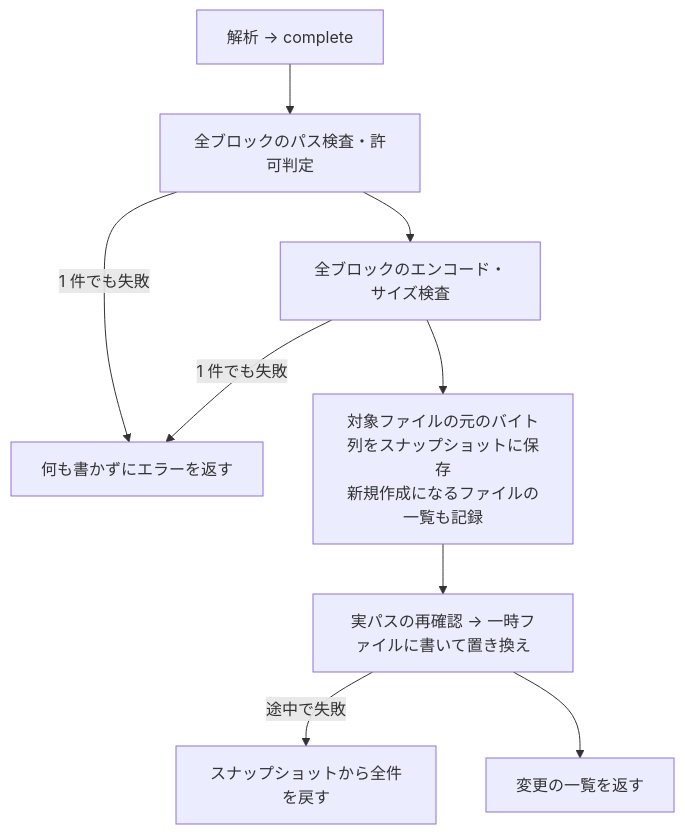
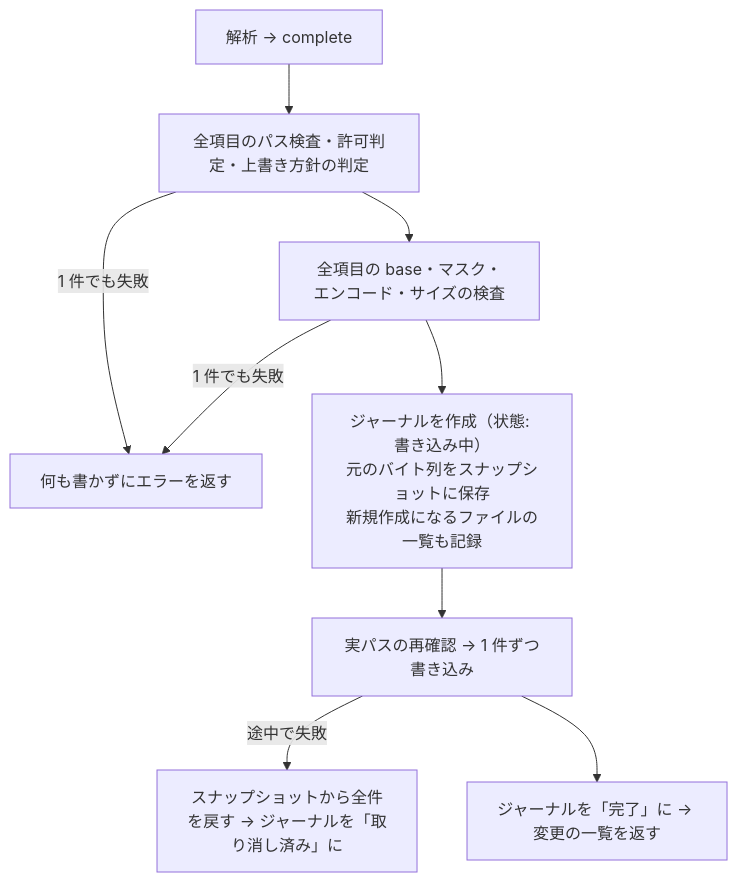
The second of 2 diagrams in docs/spec-file-protocol.md (ip-sandbox/llmc), drawn with Mermaid before and after one commit. The commit also changed other lines of this file and 6 other files, not shown here.

````diff
--- a/docs/spec-file-protocol.md
+++ b/docs/spec-file-protocol.md
@@ -339,11 +429,11 @@
 ```mermaid
 flowchart TD
-  A[解析 → complete] --> B[全ブロックのパス検査・許可判定]
+  A[解析 → complete] --> B[全項目のパス検査・許可判定・上書き方針の判定]
   B -->|1 件でも失敗| X[何も書かずにエラーを返す]
-  B --> C[全ブロックのエンコード・サイズ検査]
+  B --> C[全項目の base・マスク・エンコード・サイズの検査]
   C -->|1 件でも失敗| X
-  C --> D[対象ファイルの元のバイト列をスナップショットに保存<br/>新規作成になるファイルの一覧も記録]
-  D --> E[実パスの再確認 → 一時ファイルに書いて置き換え]
-  E -->|途中で失敗| F[スナップショットから全件を戻す]
-  E --> G[変更の一覧を返す]
+  C --> D[ジャーナルを作成（状態: 書き込み中）<br/>元のバイト列をスナップショットに保存<br/>新規作成になるファイルの一覧も記録]
+  D --> E[実パスの再確認 → 1 件ずつ書き込み]
+  E -->|途中で失敗| F[スナップショットから全件を戻す → ジャーナルを「取り消し済み」に]
+  E --> G[ジャーナルを「完了」に → 変更の一覧を返す]
 ```
````
